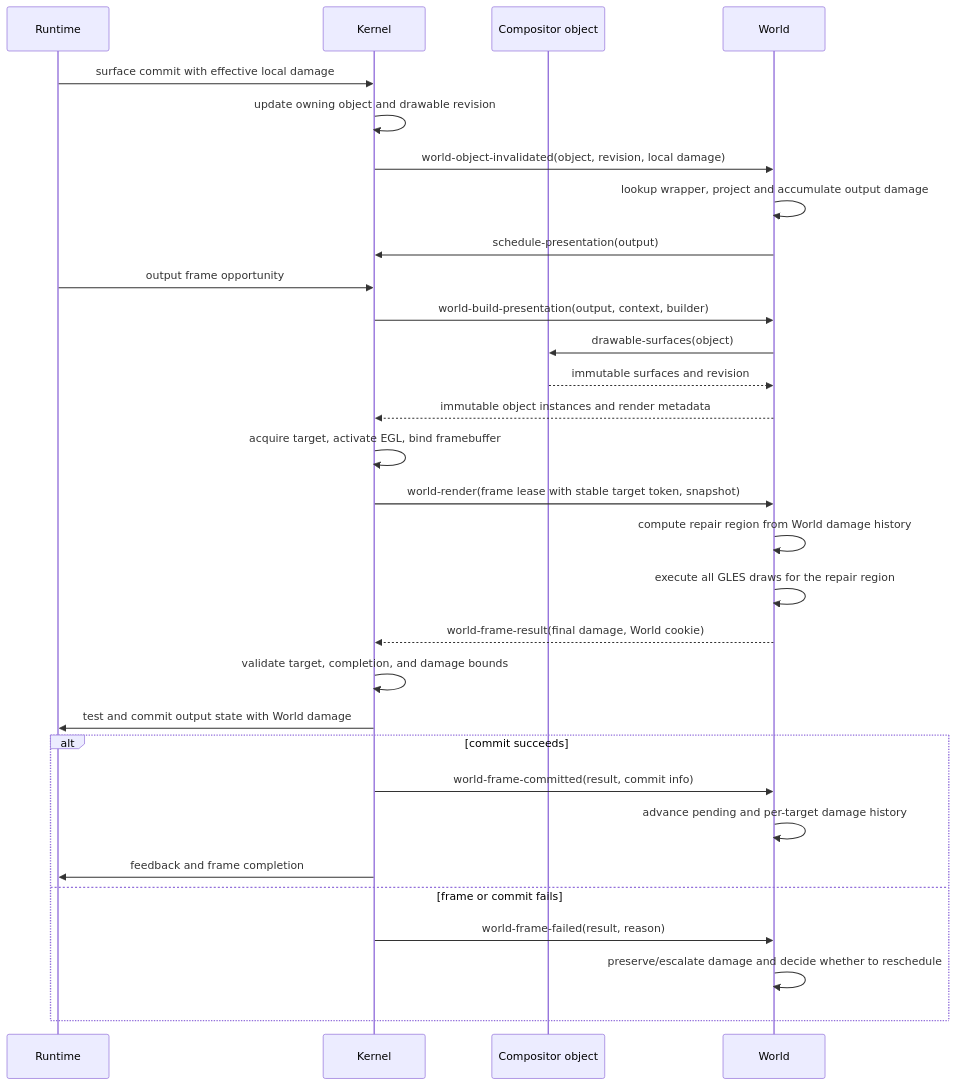
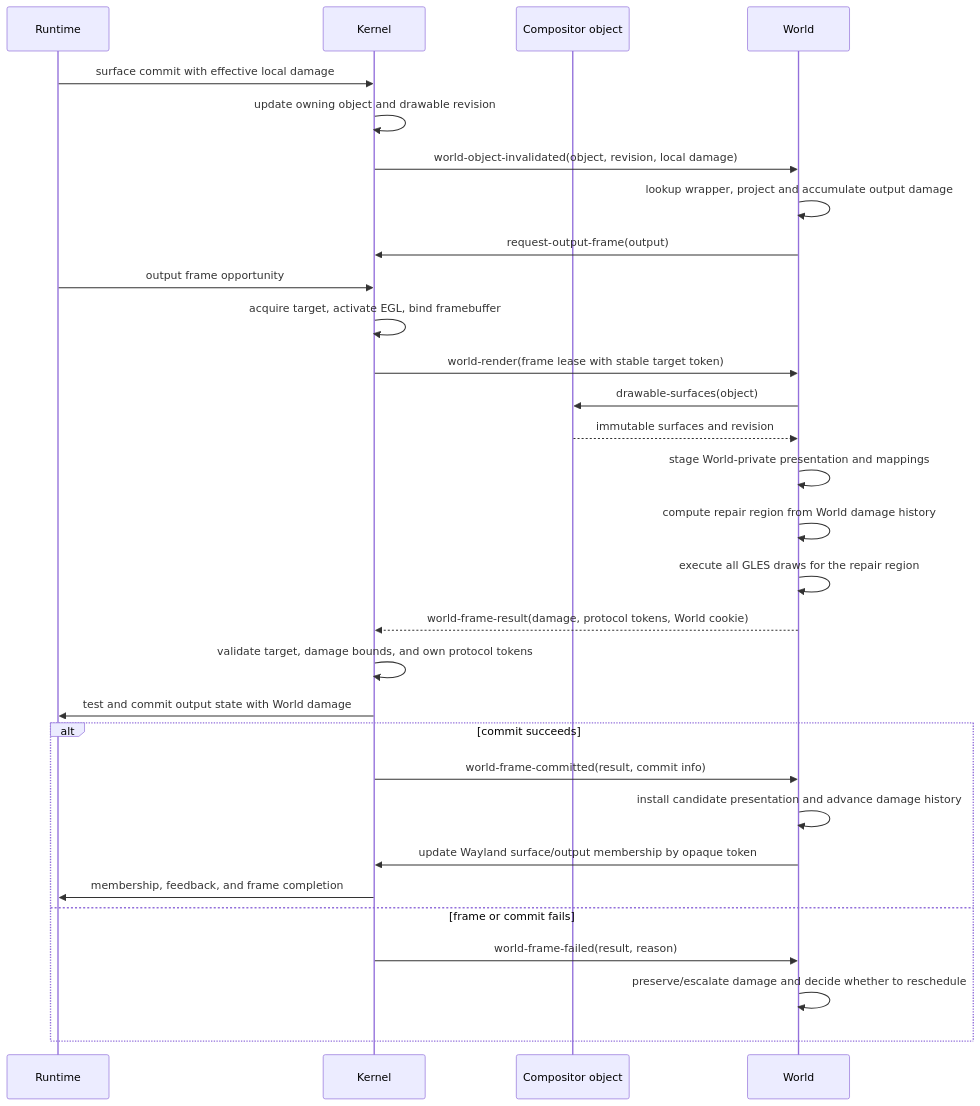
One commit to SeungheonOh/ataxia changed the fourth of 4 diagrams in docs/POST-RUNTIME-REDESIGN-PLAN.md. Above: the diagram before and after it, drawn with Mermaid. The commit also changed other lines of this file, not shown here.

Commit message:
docs: move presentation entirely into world

````diff
--- a/docs/POST-RUNTIME-REDESIGN-PLAN.md
+++ b/docs/POST-RUNTIME-REDESIGN-PLAN.md
@@ -897,33 +965,33 @@
 ```mermaid
 sequenceDiagram
     participant R as Runtime
     participant K as Kernel
     participant O as Compositor object
     participant W as World
 
     R->>K: surface commit with effective local damage
     K->>K: update owning object and drawable revision
     K->>W: world-object-invalidated(object, revision, local damage)
     W->>W: lookup wrapper, project and accumulate output damage
-    W->>K: schedule-presentation(output)
+    W->>K: request-output-frame(output)
     R->>K: output frame opportunity
-    K->>W: world-build-presentation(output, context, builder)
+    K->>K: acquire target, activate EGL, bind framebuffer
+    K->>W: world-render(frame lease with stable target token)
     W->>O: drawable-surfaces(object)
     O-->>W: immutable surfaces and revision
-    W-->>K: immutable object instances and render metadata
-    K->>K: acquire target, activate EGL, bind framebuffer
-    K->>W: world-render(frame lease with stable target token, snapshot)
+    W->>W: stage World-private presentation and mappings
     W->>W: compute repair region from World damage history
     W->>W: execute all GLES draws for the repair region
-    W-->>K: world-frame-result(final damage, World cookie)
-    K->>K: validate target, completion, and damage bounds
+    W-->>K: world-frame-result(damage, protocol tokens, World cookie)
+    K->>K: validate target, damage bounds, and own protocol tokens
     K->>R: test and commit output state with World damage
     alt commit succeeds
         K->>W: world-frame-committed(result, commit info)
-        W->>W: advance pending and per-target damage history
-        K->>R: feedback and frame completion
+        W->>W: install candidate presentation and advance damage history
+        W->>K: update Wayland surface/output membership by opaque token
+        K->>R: membership, feedback, and frame completion
     else frame or commit fails
         K->>W: world-frame-failed(result, reason)
         W->>W: preserve/escalate damage and decide whether to reschedule
     end
 ```
````
